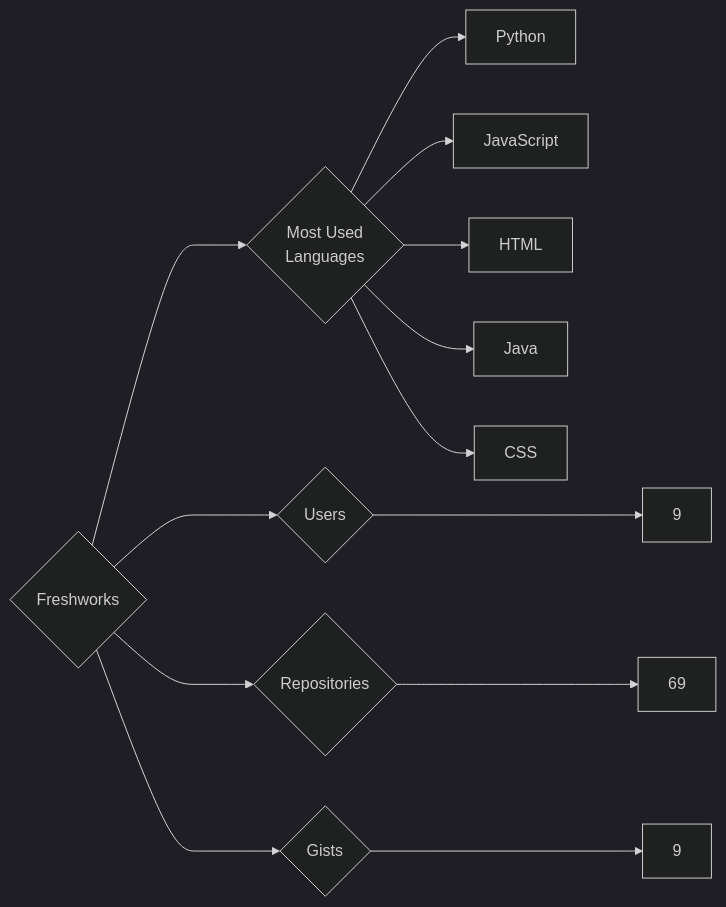
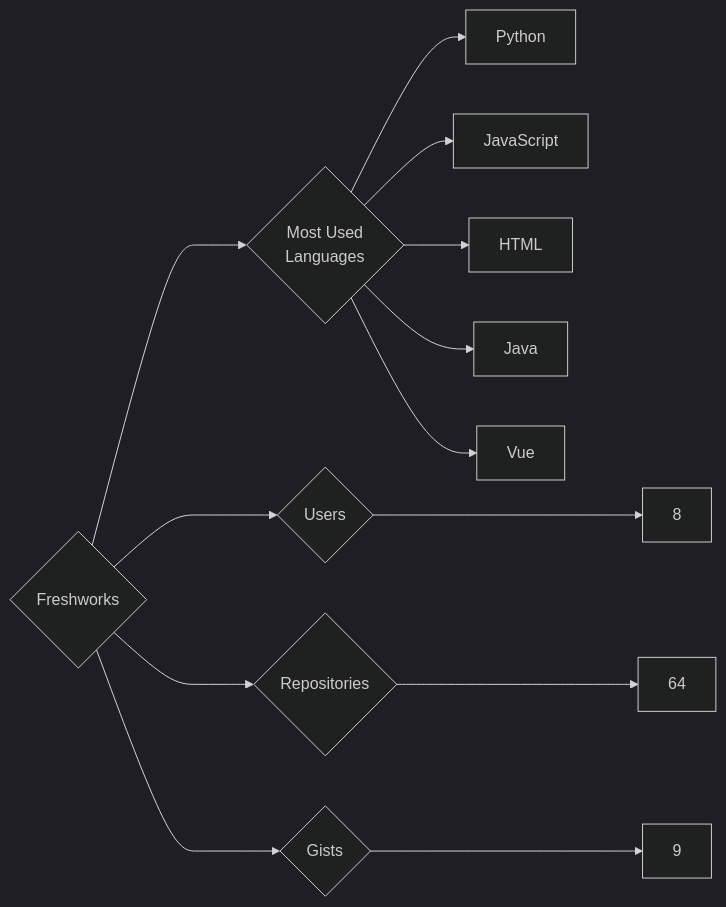
Before and after one commit to trickest/insiders: the diagram in targets/Freshworks/README.md, drawn with Mermaid (dark theme). The commit also changed 1195 other files, not shown here.

````diff
--- a/targets/Freshworks/README.md
+++ b/targets/Freshworks/README.md
@@ -3,13 +3,13 @@
 ```mermaid
 graph LR
 COMPANY_NAME{Freshworks}
-COMPANY_NAME ---> U{Users} ---> UN[9]
-COMPANY_NAME ---> R{Repositories} ---> RN[69]
+COMPANY_NAME ---> U{Users} ---> UN[8]
+COMPANY_NAME ---> R{Repositories} ---> RN[64]
 COMPANY_NAME ---> G{Gists} ---> GN[9]
 COMPANY_NAME ---> ML{Most Used<br>Languages}
 ML --> Python[Python]
 ML --> JavaScript[JavaScript]
 ML --> HTML[HTML]
 ML --> Java[Java]
-ML --> CSS[CSS]
+ML --> Vue[Vue]
 ```
````
